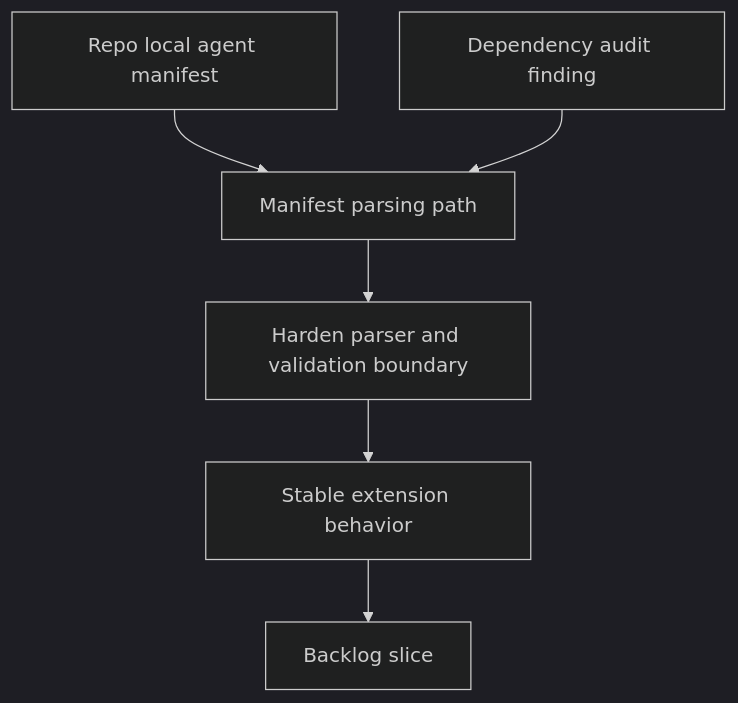
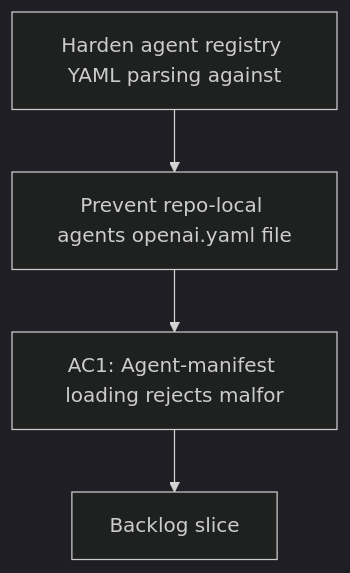
The diagram in logics/request/req_107_harden_agent_registry_yaml_parsing_against_malicious_skill_manifests.md (AlexAgo83/logics-manager), drawn with Mermaid (dark theme) before and after one commit. The commit also changed other lines of this file and 481 other files, not shown here.

````diff
--- a/logics/request/req_107_harden_agent_registry_yaml_parsing_against_malicious_skill_manifests.md
+++ b/logics/request/req_107_harden_agent_registry_yaml_parsing_against_malicious_skill_manifests.md
@@ -27,10 +27,8 @@
 ```mermaid
 %% logics-kind: request
 %% logics-signature: request|harden-agent-registry-yaml-parsing-again|prevent-repo-local-agents-openai-yaml-fi|ac1-agent-manifest-loading-rejects-malfo
 flowchart TD
-    Repo[Repo local agent manifest] --> Parse[Manifest parsing path]
-    Audit[Dependency audit finding] --> Parse
-    Parse --> Guard[Harden parser and validation boundary]
-    Guard --> Stable[Stable extension behavior]
-    Stable --> Backlog[Backlog slice]
+    Trigger[Harden agent registry YAML parsing against] --> Need[Prevent repo-local agents openai.yaml file]
+    Need --> Outcome[AC1: Agent-manifest loading rejects malfor]
+    Outcome --> Backlog[Backlog slice]
 ```
````
